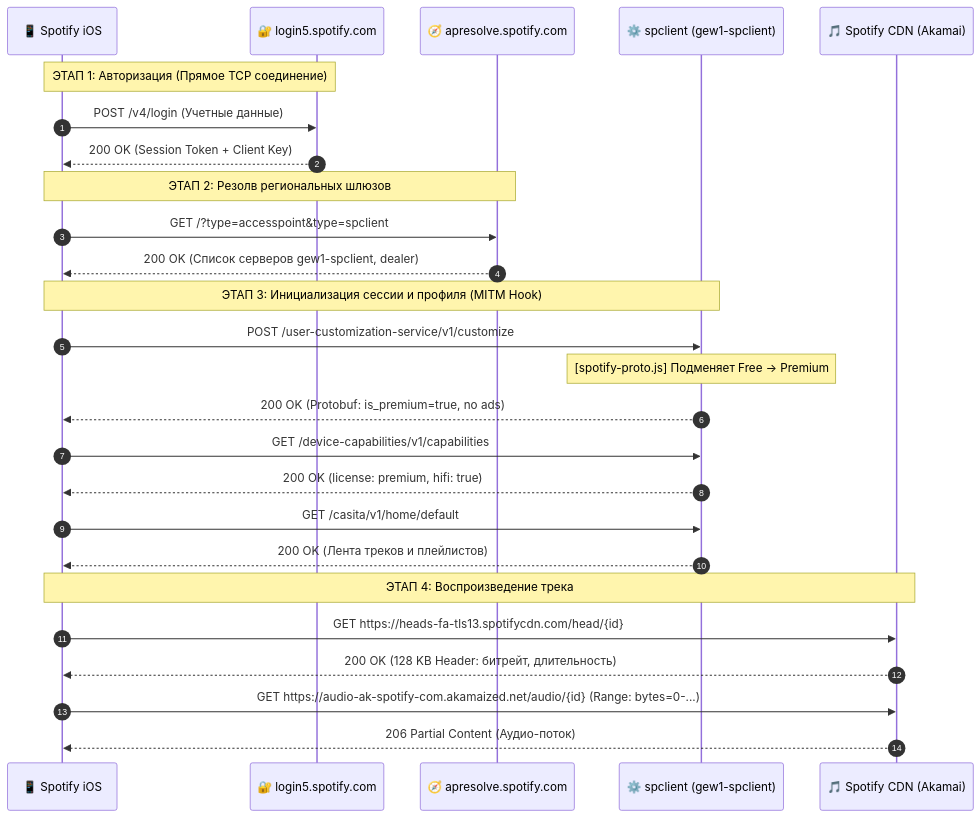
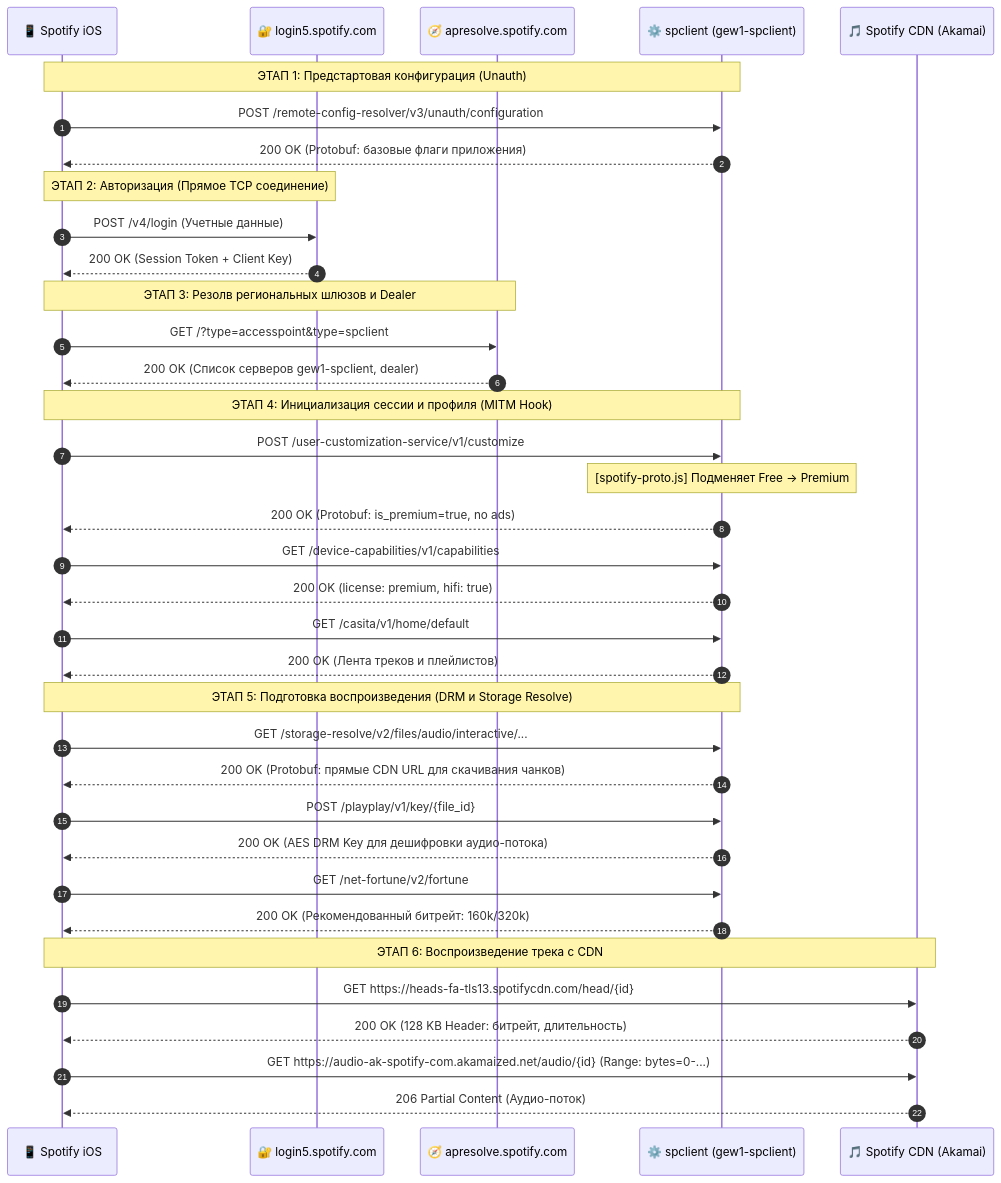
One commit to bkmz735/shadowrocket-modules changed the diagram in modules/spotify/API_STRUCTURE.md. Above: the diagram before and after it, drawn with Mermaid. The commit also changed other lines of this file and 6 other files, not shown here.

````diff
--- a/modules/spotify/API_STRUCTURE.md
+++ b/modules/spotify/API_STRUCTURE.md
@@ -53,34 +95,46 @@
 ```mermaid
 sequenceDiagram
     autonumber
     participant App as 📱 Spotify iOS
     participant Login as 🔐 login5.spotify.com
     participant AP as 🧭 apresolve.spotify.com
     participant SP as ⚙️ spclient (gew1-spclient)
     participant CDN as 🎵 Spotify CDN (Akamai)
 
-    Note over App,Login: ЭТАП 1: Авторизация (Прямое TCP соединение)
+    Note over App,SP: ЭТАП 1: Предстартовая конфигурация (Unauth)
+    App->>SP: POST /remote-config-resolver/v3/unauth/configuration
+    SP-->>App: 200 OK (Protobuf: базовые флаги приложения)
+
+    Note over App,Login: ЭТАП 2: Авторизация (Прямое TCP соединение)
     App->>Login: POST /v4/login (Учетные данные)
     Login-->>App: 200 OK (Session Token + Client Key)
 
-    Note over App,AP: ЭТАП 2: Резолв региональных шлюзов
+    Note over App,AP: ЭТАП 3: Резолв региональных шлюзов и Dealer
     App->>AP: GET /?type=accesspoint&type=spclient
     AP-->>App: 200 OK (Список серверов gew1-spclient, dealer)
 
-    Note over App,SP: ЭТАП 3: Инициализация сессии и профиля (MITM Hook)
+    Note over App,SP: ЭТАП 4: Инициализация сессии и профиля (MITM Hook)
     App->>SP: POST /user-customization-service/v1/customize
     Note over SP: [spotify-proto.js] Подменяет Free -> Premium
     SP-->>App: 200 OK (Protobuf: is_premium=true, no ads)
 
     App->>SP: GET /device-capabilities/v1/capabilities
     SP-->>App: 200 OK (license: premium, hifi: true)
 
     App->>SP: GET /casita/v1/home/default
     SP-->>App: 200 OK (Лента треков и плейлистов)
 
-    Note over App,CDN: ЭТАП 4: Воспроизведение трека
+    Note over App,SP: ЭТАП 5: Подготовка воспроизведения (DRM и Storage Resolve)
+    App->>SP: GET /storage-resolve/v2/files/audio/interactive/...
+    SP-->>App: 200 OK (Protobuf: прямые CDN URL для скачивания чанков)
+    App->>SP: POST /playplay/v1/key/{file_id}
+    SP-->>App: 200 OK (AES DRM Key для дешифровки аудио-потока)
+    App->>SP: GET /net-fortune/v2/fortune
+    SP-->>App: 200 OK (Рекомендованный битрейт: 160k/320k)
+
+    Note over App,CDN: ЭТАП 6: Воспроизведение трека с CDN
     App->>CDN: GET https://heads-fa-tls13.spotifycdn.com/head/{id}
     CDN-->>App: 200 OK (128 KB Header: битрейт, длительность)
     App->>CDN: GET https://audio-ak-spotify-com.akamaized.net/audio/{id} (Range: bytes=0-...)
     CDN-->>App: 206 Partial Content (Аудио-поток)
 ```
````
